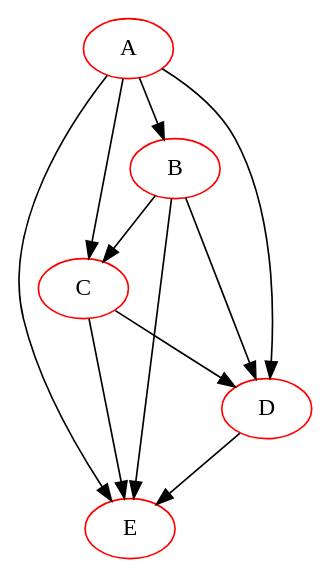
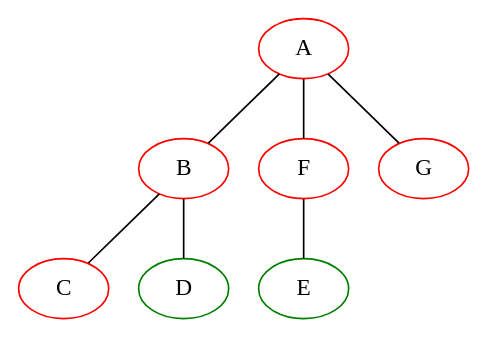
One commit to basaile92/Graphes_ARO changed the diagram in TP2/img/visu5.ps.dot. Above: the diagram before and after it, drawn with Graphviz. The commit also changed 45 other files, not shown here.

```diff
--- a/TP2/img/visu5.ps.dot
+++ b/TP2/img/visu5.ps.dot
@@ -1,17 +1,15 @@
-digraph {
+graph {
 A [color=red]
 B [color=red]
 C [color=red]
-D [color=red]
-E [color=red]
- A -> B
- A -> C
- A -> D
- A -> E
- B -> C
- B -> D
- B -> E
- C -> D
- C -> E
- D -> E
+D [color=green]
+E [color=green]
+F [color=red]
+G [color=red]
+ A -- B
+ B -- C
+ B -- D
+ A -- F
+ A -- G
+ F -- E
 }
```
